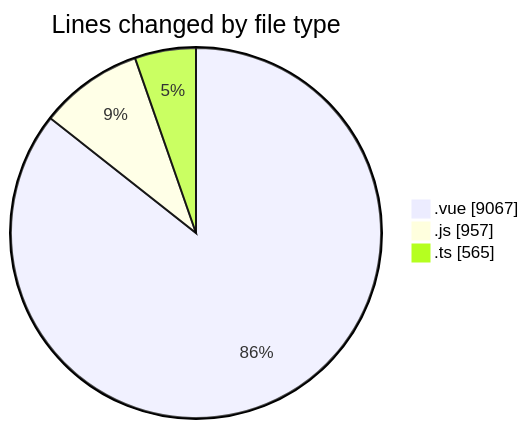
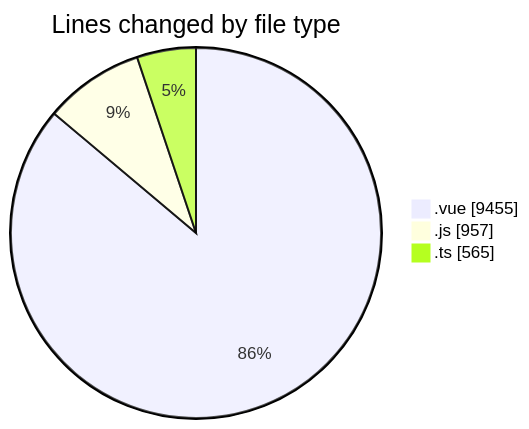
The first of 2 diagrams in 2025-08-13/rentotp/README.md (lephambinh05/code-tracking), drawn with Mermaid before and after one commit. The commit also changed other lines of this file and 1 other file, not shown here.

````diff
--- a/2025-08-13/rentotp/README.md
+++ b/2025-08-13/rentotp/README.md
@@ -40,7 +40,7 @@
 ```mermaid
 pie showData
 title Lines changed by file type
-".vue" : 9067
+".vue" : 9455
 ".js" : 957
 ".ts" : 565
 ```
````
